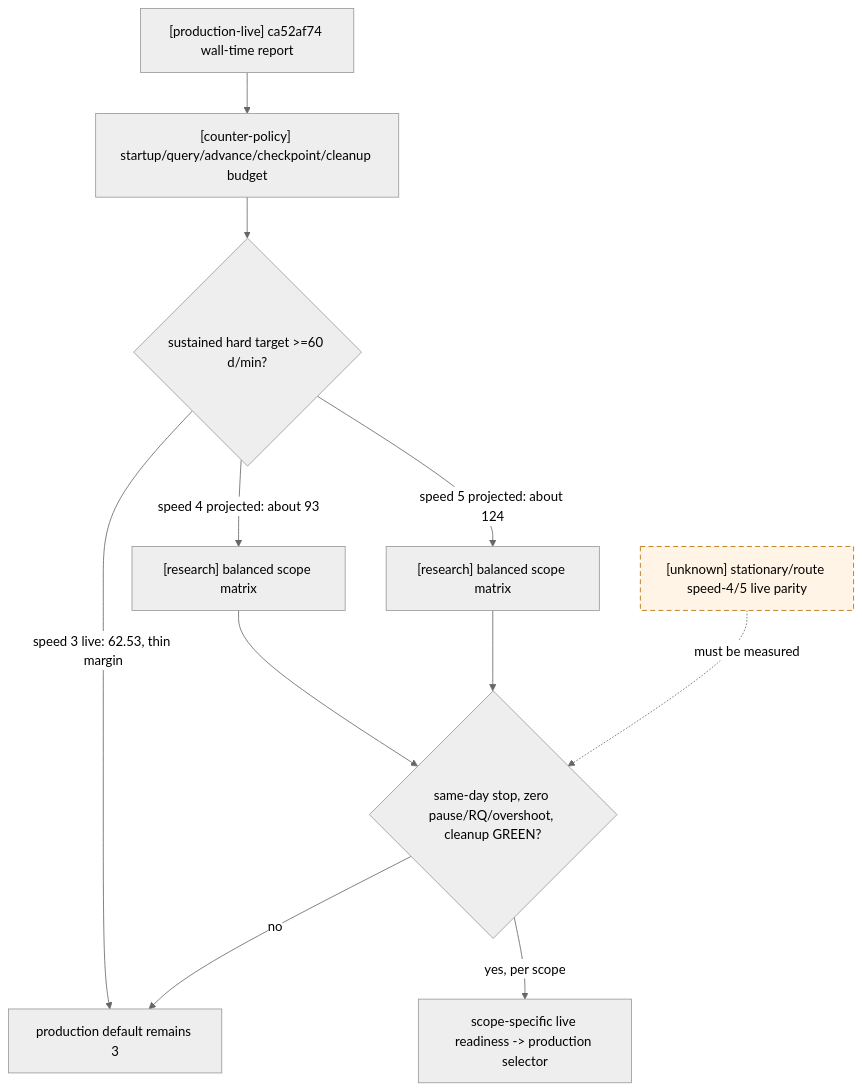
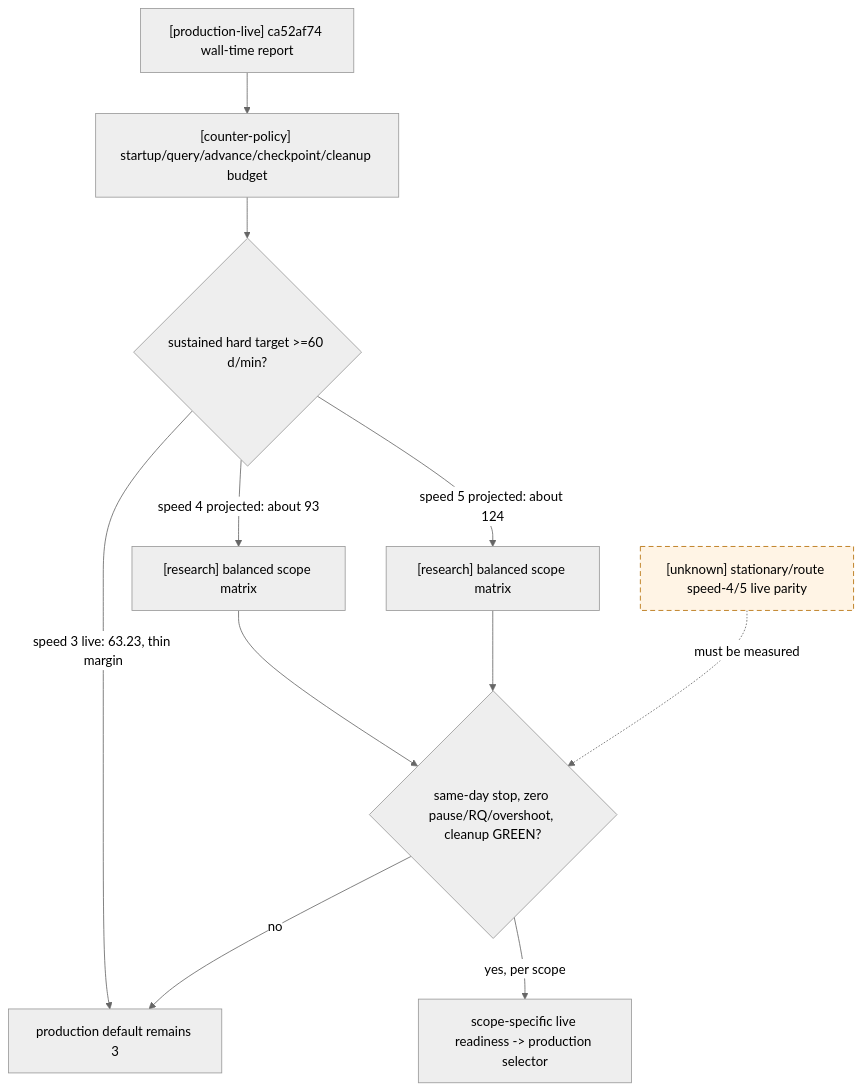
The second of 2 diagrams in docs/ck3-native-ai/battle-speed-control.md (XenoAmess/ck3_eternal_recurrence), drawn with Mermaid (neutral theme) before and after one commit. The commit also changed other lines of this file and 9 other files, not shown here.

````diff
--- a/docs/ck3-native-ai/battle-speed-control.md
+++ b/docs/ck3-native-ai/battle-speed-control.md
@@ -638,16 +651,16 @@
 ```mermaid
 flowchart TD
     R["[production-live] ca52af74 wall-time report"] --> B["[counter-policy] startup/query/advance/checkpoint/cleanup budget"]
     B --> H{"sustained hard target >=60 d/min?"}
-    H -->|speed 3 live: 62.53, thin margin| N3["production default remains 3"]
+    H -->|speed 3 live: 63.23, thin margin| N3["production default remains 3"]
     H -->|speed 4 projected: about 93| A4["[research] balanced scope matrix"]
     H -->|speed 5 projected: about 124| A5["[research] balanced scope matrix"]
     A4 --> G{"same-day stop, zero pause/RQ/overshoot, cleanup GREEN?"}
     A5 --> G
     G -->|no| N3
     G -->|yes, per scope| P["scope-specific live readiness -> production selector"]
     U["[unknown] stationary/route speed-4/5 live parity"] -. "must be measured" .-> G
 
     classDef unknown stroke-dasharray: 6 4,fill:#fff4e5,stroke:#b36b00;
     class U unknown;
 ```
````
